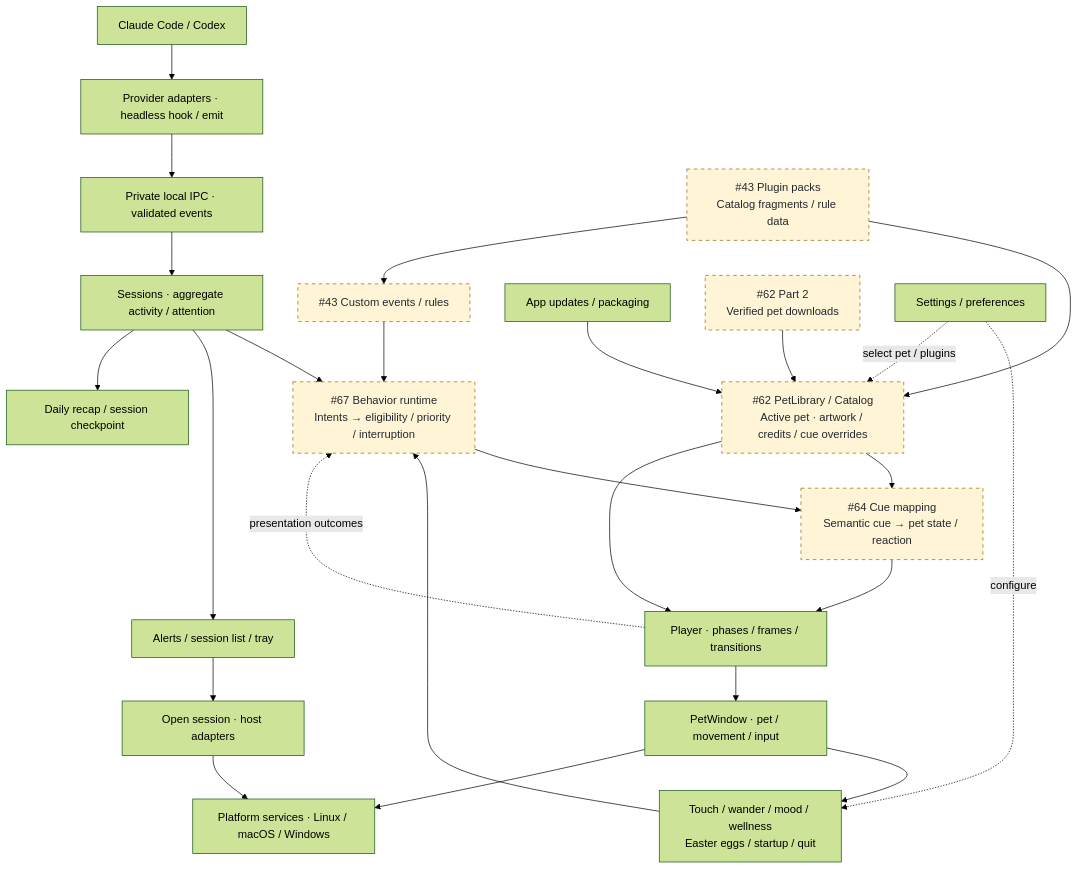
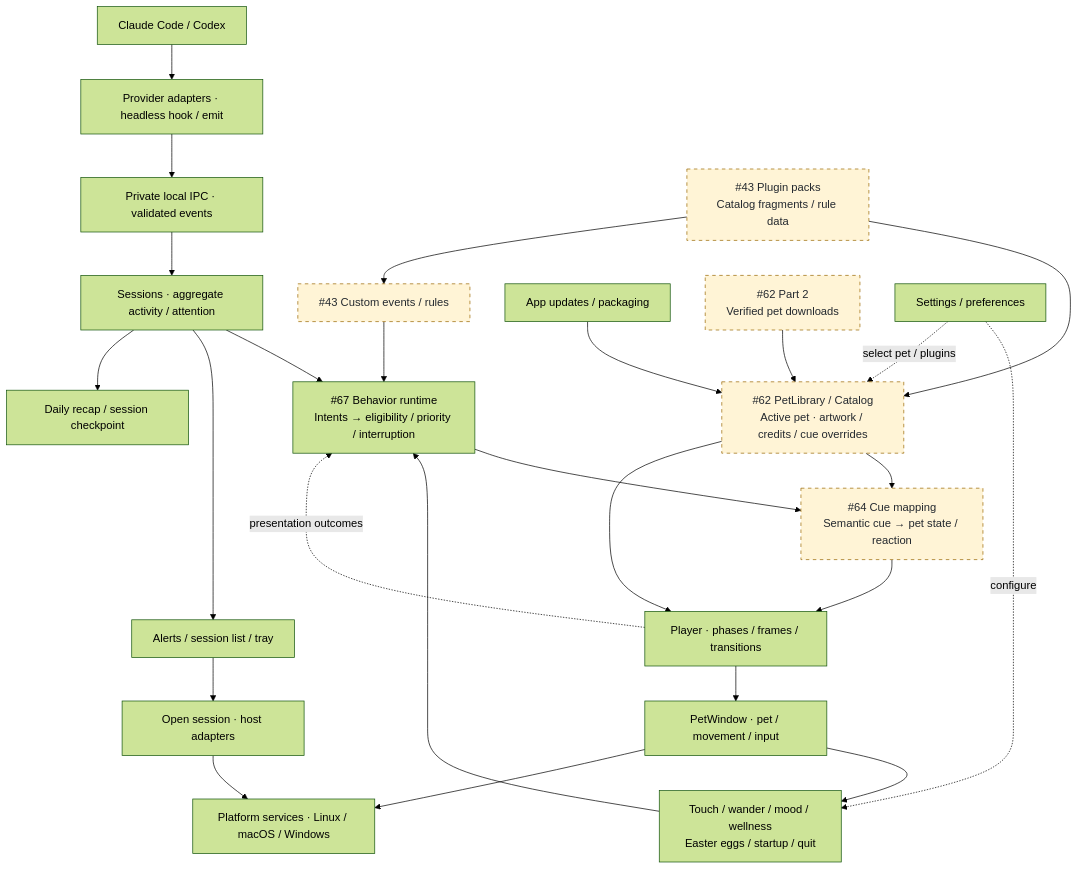
Before and after one commit to WindyWin/vpet-agent-pet: the first of 2 diagrams in README.md, drawn with Mermaid (forest theme). The commit also changed other lines of this file and 10 other files, not shown here.

````diff
--- a/README.md
+++ b/README.md
@@ -220,32 +219,32 @@
 ```mermaid
 flowchart TB
   agents["Claude Code / Codex"] --> input["Provider adapters · headless hook / emit"]
   input --> ipc["Private local IPC · validated events"]
   ipc --> sessions["Sessions · aggregate activity / attention"]
   sessions --> runtime["#67 Behavior runtime<br/>Intents → eligibility / priority / interruption"]
   life["Touch / wander / mood / wellness<br/>Easter eggs / startup / quit"] --> runtime
   custom["#43 Custom events / rules"] --> runtime
   runtime --> cues["#64 Cue mapping<br/>Semantic cue → pet state / reaction"]
   cues --> player["Player · phases / frames / transitions"]
   player --> window["PetWindow · pet / movement / input"]
   player -. presentation outcomes .-> runtime
   window --> life
 
   sessions --> alerts["Alerts / session list / tray"]
   alerts --> focus["Open session · host adapters"]
   focus --> platform["Platform services · Linux / macOS / Windows"]
   window --> platform
   sessions --> recap["Daily recap / session checkpoint"]
 
   packs["#62 PetLibrary / Catalog<br/>Active pet · artwork / credits / cue overrides"] --> cues
   packs --> player
   plugins["#43 Plugin packs<br/>Catalog fragments / rule data"] --> packs
   plugins --> custom
   updates["App updates / packaging"] --> packs
   downloads["#62 Part 2<br/>Verified pet downloads"] --> packs
   settings["Settings / preferences"] -. configure .-> life
   settings -. select pet / plugins .-> packs
 
   classDef planned fill:#fff4d6,stroke:#9a6700,stroke-dasharray:5 5,color:#24292f
-  class runtime,cues,packs,custom,plugins,downloads planned
+  class cues,packs,custom,plugins,downloads planned
 ```
````
